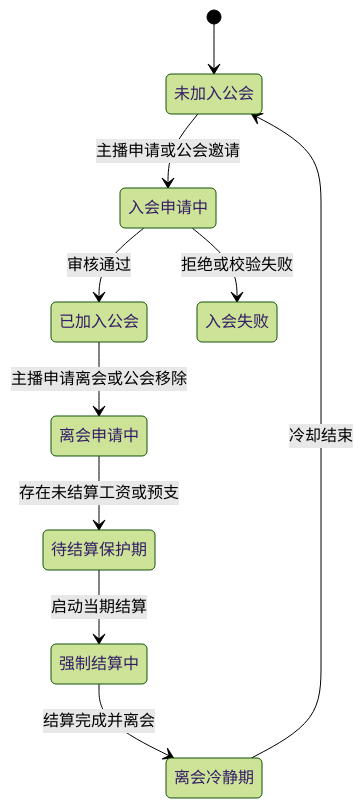
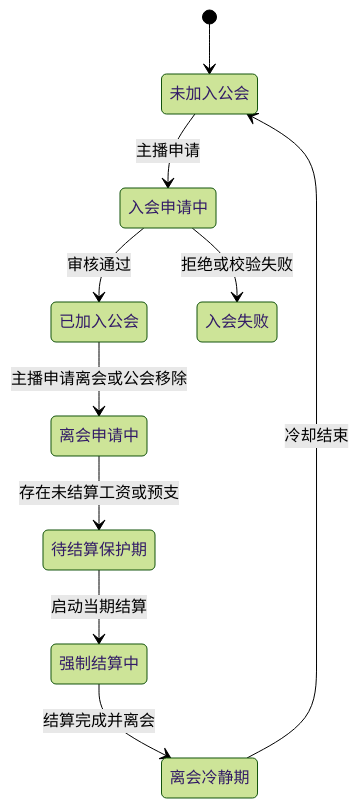
One commit to kocekid/TALO-Guild-Policy-Requirements changed diagram 13 of 13 in TALO公会政策_客户端后台需求文档PRD.md. Above: the diagram before and after it, drawn with Mermaid (forest theme). The commit also changed other lines of this file, not shown here.

Commit message:
更新TALO公会政策PRD与原型图

````diff
--- a/TALO公会政策_客户端后台需求文档PRD.md
+++ b/TALO公会政策_客户端后台需求文档PRD.md
@@ -3119,12 +3116,12 @@
 ```mermaid
 stateDiagram-v2
     [*] --> 未加入公会
-    未加入公会 --> 入会申请中: 主播申请或公会邀请
+    未加入公会 --> 入会申请中: 主播申请
     入会申请中 --> 已加入公会: 审核通过
     入会申请中 --> 入会失败: 拒绝或校验失败
     已加入公会 --> 离会申请中: 主播申请离会或公会移除
     离会申请中 --> 待结算保护期: 存在未结算工资或预支
     待结算保护期 --> 强制结算中: 启动当期结算
     强制结算中 --> 离会冷静期: 结算完成并离会
     离会冷静期 --> 未加入公会: 冷却结束
 ```
````
